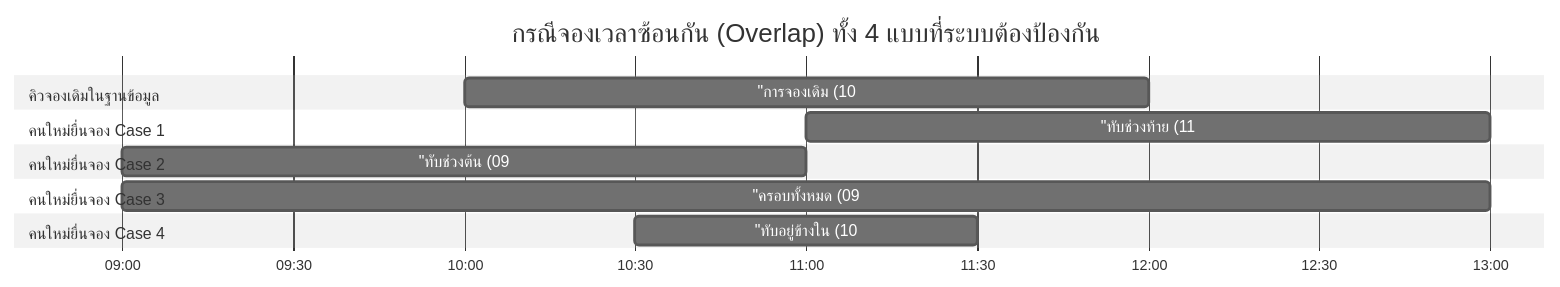
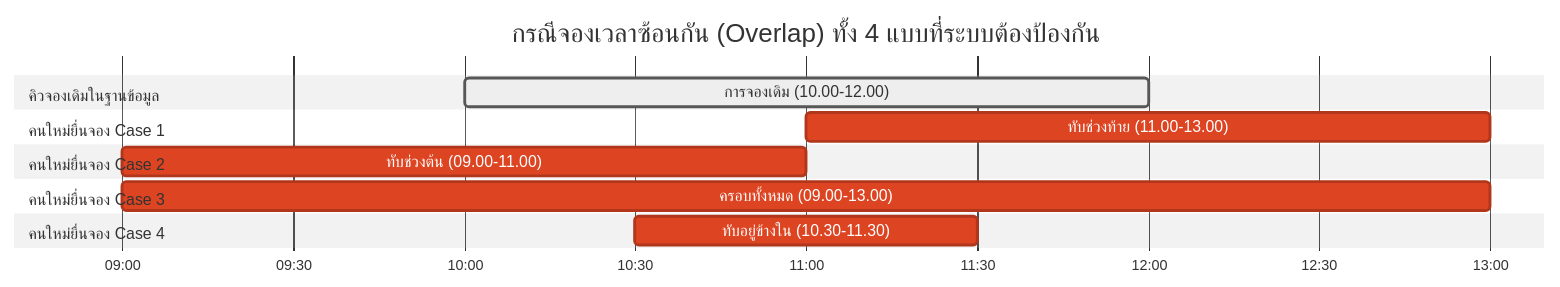
One commit to Krungsri/laravel-vibecode changed the third of 3 diagrams in 02-workshop.md. Above: the diagram before and after it, drawn with Mermaid (neutral theme). The commit also changed 2 other files, not shown here.

Commit message:
fix: resolve Step 5 gantt chart syntax error and improve readability
- Fix Mermaid gantt syntax: switch dateFormat from HH:mm to YYYY-MM-DD HH:mm
  to ensure dayjs parses time values correctly in strict mode
- Remove colons from task labels (use dots) to prevent lexer misparse
- Add vite.optimizeDeps.include for mermaid/dayjs to fix ESM import error
  for dayjs/plugin/duration in dev mode
- Increase gantt font sizes (16px base, 14px task/section) and bar dimensions
- Add gantt config: barHeight/barGap/leftPadding for Thai text labels

````diff
--- a/02-workshop.md
+++ b/02-workshop.md
@@ -167,21 +167,21 @@
   ```mermaid
   gantt
       title กรณีจองเวลาซ้อนกัน (Overlap) ทั้ง 4 แบบที่ระบบต้องป้องกัน
-      dateFormat HH:mm
+      dateFormat YYYY-MM-DD HH:mm
       axisFormat %H:%M
 
       section คิวจองเดิมในฐานข้อมูล
-      "การจองเดิม (10:00 - 12:00)" :active, 10:00, 2h
+      การจองเดิม (10.00-12.00) :active, 2024-01-01 10:00, 2h
 
       section คนใหม่ยื่นจอง Case 1
-      "ทับช่วงท้าย (11:00 - 13:00)" :crit, 11:00, 2h
+      ทับช่วงท้าย (11.00-13.00) :crit, 2024-01-01 11:00, 2h
 
       section คนใหม่ยื่นจอง Case 2
-      "ทับช่วงต้น (09:00 - 11:00)" :crit, 09:00, 2h
+      ทับช่วงต้น (09.00-11.00) :crit, 2024-01-01 09:00, 2h
 
       section คนใหม่ยื่นจอง Case 3
-      "ครอบทั้งหมด (09:00 - 13:00)" :crit, 09:00, 4h
+      ครอบทั้งหมด (09.00-13.00) :crit, 2024-01-01 09:00, 4h
 
       section คนใหม่ยื่นจอง Case 4
-      "ทับอยู่ข้างใน (10:30 - 11:30)" :crit, 10:30, 1h
+      ทับอยู่ข้างใน (10.30-11.30) :crit, 2024-01-01 10:30, 1h
   ```
````
